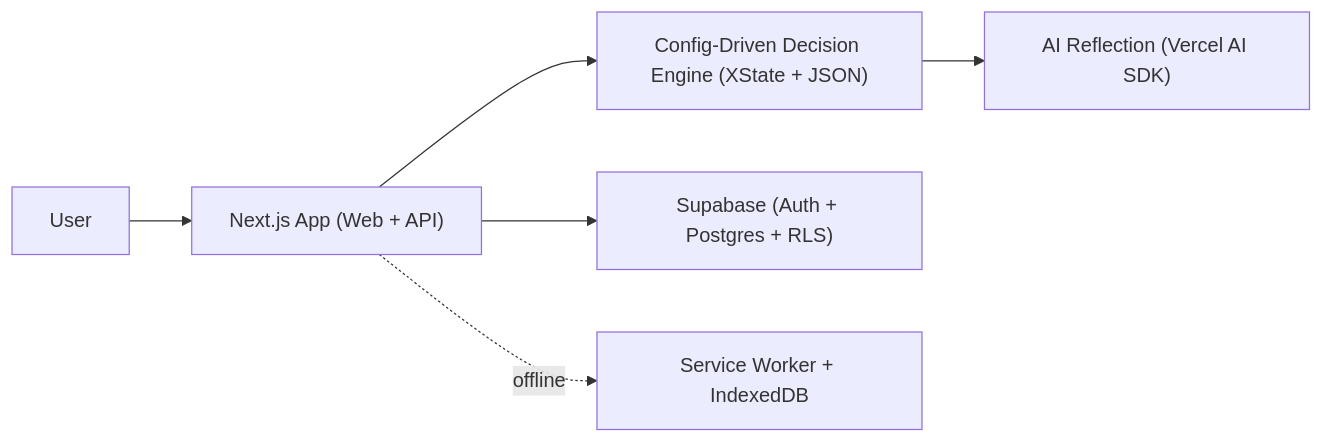
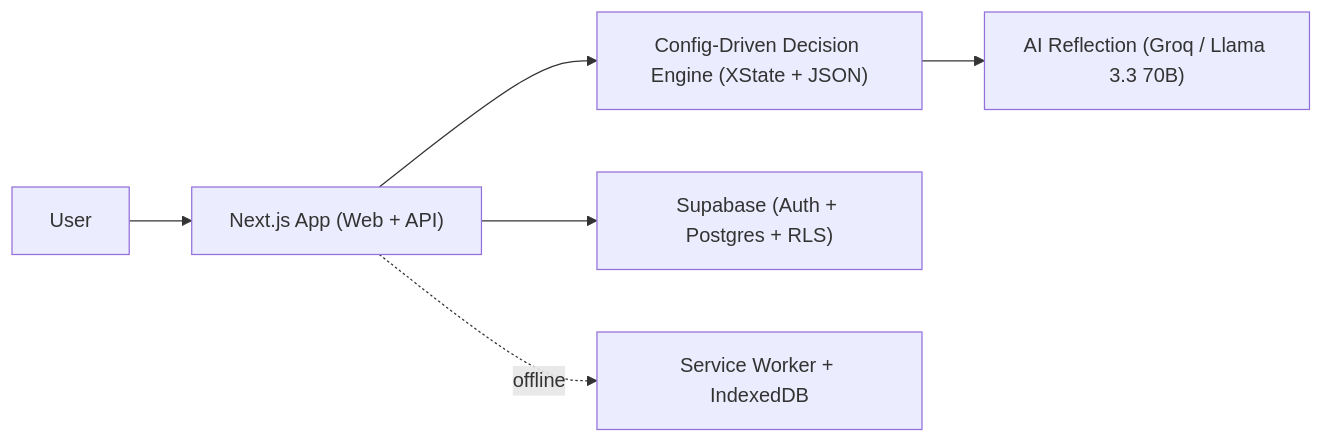
One commit to ubturja/Is-It-For-Real changed the third of 3 diagrams in docs/SYSTEM_REFERENCE.md. Above: the diagram before and after it, drawn with Mermaid. The commit also changed other lines of this file and 18 other files, not shown here.

````diff
--- a/docs/SYSTEM_REFERENCE.md
+++ b/docs/SYSTEM_REFERENCE.md
@@ -248,8 +250,8 @@
 ```mermaid
 flowchart LR
     U["User"] --> WEB["Next.js App (Web + API)"]
     WEB --> ENGINE["Config-Driven Decision Engine (XState + JSON)"]
     WEB --> AUTH["Supabase (Auth + Postgres + RLS)"]
-    ENGINE --> AI["AI Reflection (Vercel AI SDK)"]
+    ENGINE --> AI["AI Reflection (Groq / Llama 3.3 70B)"]
     WEB -.offline.-> PWA["Service Worker + IndexedDB"]
 ```
````
